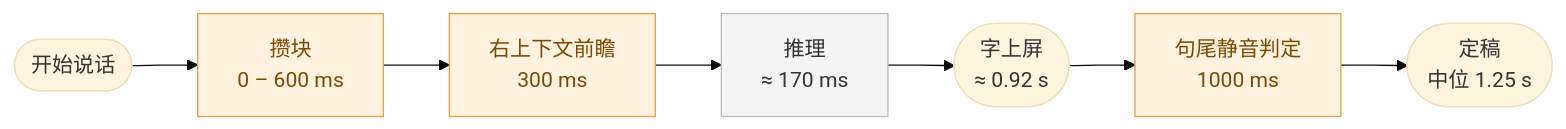
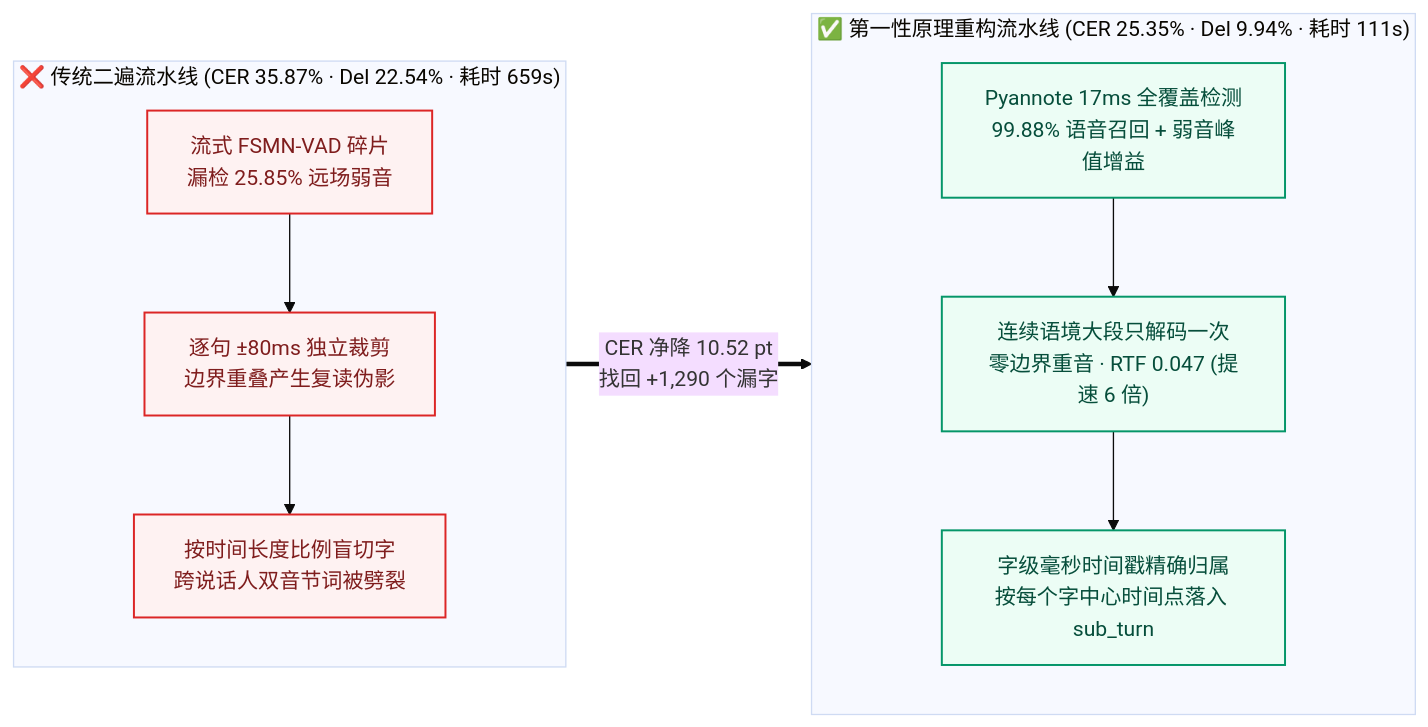
One commit to zhangshuai05/my_study_meeting_asr changed the fourth of 4 diagrams in README.md. Above: the diagram before and after it, drawn with Mermaid (base theme). The commit also changed other lines of this file and 2 other files, not shown here.

Commit message:
docs: redesign README architecture flowcharts and update first-principles benchmarks

````diff
--- a/README.md
+++ b/README.md
@@ -107,14 +216,21 @@
 ```mermaid
 flowchart LR
-    S([开始说话]) --> A[攒块<br/>0 – 600 ms]
-    A --> B[右上下文前瞻<br/>300 ms]
-    B --> C[推理<br/>≈ 170 ms]
-    C --> U([字上屏<br/>≈ 0.92 s])
-    U --> D[句尾静音判定<br/>1000 ms]
-    D --> F([定稿<br/>中位 1.25 s])
+    subgraph OLD["❌ 传统二遍流水线 (CER 35.87% · Del 22.54% · 耗时 659s)"]
+        direction TB
+        O1["流式 FSMN-VAD 碎片<br/>漏检 25.85% 远场弱音"] --> O2["逐句 ±80ms 独立裁剪<br/>边界重叠产生复读伪影"]
+        O2 --> O3["按时间长度比例盲切字<br/>跨说话人双音节词被劈裂"]
+    end
 
-    classDef fix fill:#f4f4f4,stroke:#bbb,color:#333
-    classDef cost fill:#fff3e0,stroke:#e0a040,color:#7a4a00
-    class A,B,D cost
-    class C fix
+    subgraph NEW["✅ 第一性原理重构流水线 (CER 25.35% · Del 9.94% · 耗时 111s)"]
+        direction TB
+        N1["Pyannote 17ms 全覆盖检测<br/>99.88% 语音召回 + 弱音峰值增益"] --> N2["连续语境大段只解码一次<br/>零边界重音 · RTF 0.047 (提速 6 倍)"]
+        N2 --> N3["字级毫秒时间戳精确归属<br/>按每个字中心时间点落入 sub_turn"]
+    end
+
+    OLD ==>|"CER 净降 10.52 pt<br/>找回 +1,290 个漏字"| NEW
+
+    classDef clsBad fill:#FEF2F2,stroke:#DC2626,stroke-width:1.5px,color:#7F1D1D
+    classDef clsGood fill:#ECFDF5,stroke:#059669,stroke-width:1.5px,color:#064E3B
+    class O1,O2,O3 clsBad
+    class N1,N2,N3 clsGood
 ```
````
